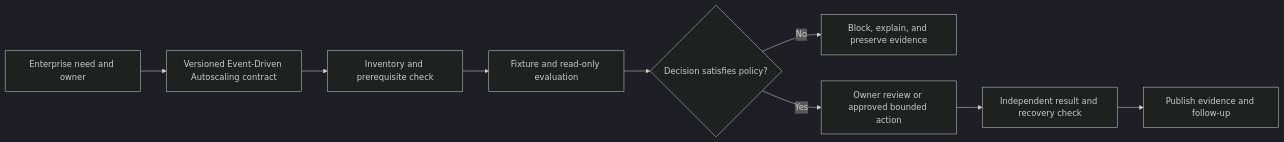
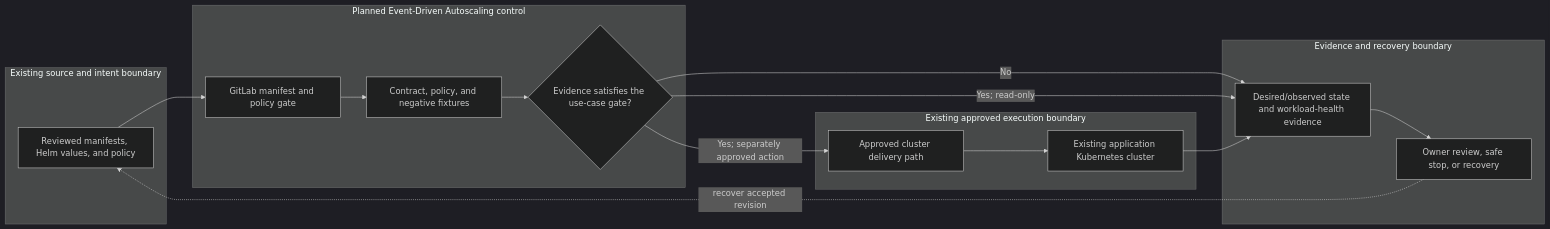
The diagram in docs/use-cases/kubernetes/UC-K8S-012-event-driven-autoscaling.md (MIDHTECH/enterprise-architecture-docs), drawn with Mermaid (dark theme) before and after one commit. The commit also changed other lines of this file and 227 other files, not shown here.

Commit message:
Deepen architecture for all use case designs

````diff
--- a/docs/use-cases/kubernetes/UC-K8S-012-event-driven-autoscaling.md
+++ b/docs/use-cases/kubernetes/UC-K8S-012-event-driven-autoscaling.md
@@ -136,11 +129,25 @@
 ```mermaid
 flowchart LR
-    Need["Enterprise need and owner"] --> Contract["Versioned Event-Driven Autoscaling contract"]
-    Contract --> Preflight["Inventory and prerequisite check"]
-    Preflight --> Evaluate["Fixture and read-only evaluation"]
-    Evaluate --> Decision{"Decision satisfies policy?"}
-    Decision -->|No| Stop["Block, explain, and preserve evidence"]
-    Decision -->|Yes| Review["Owner review or approved bounded action"]
-    Review --> Verify["Independent result and recovery check"]
-    Verify --> Publish["Publish evidence and follow-up"]
+    subgraph Source["Existing source and intent boundary"]
+        A["Reviewed manifests, Helm values, and policy"]
+    end
+    subgraph Planned["Planned Event-Driven Autoscaling control"]
+        B["GitLab manifest and policy gate"]
+        C["Contract, policy, and negative fixtures"]
+        D{"Evidence satisfies the use-case gate?"}
+    end
+    subgraph Runtime["Existing approved execution boundary"]
+        E["Approved cluster delivery path"]
+        F["Existing application Kubernetes cluster"]
+    end
+    subgraph Assurance["Evidence and recovery boundary"]
+        G["Desired/observed state and workload-health evidence"]
+        H["Owner review, safe stop, or recovery"]
+    end
+
+    A --> B --> C --> D
+    D -->|No| G --> H
+    D -->|Yes; read-only| G
+    D -->|Yes; separately approved action| E --> F --> G
+    H -. recover accepted revision .-> A
 ```
````
